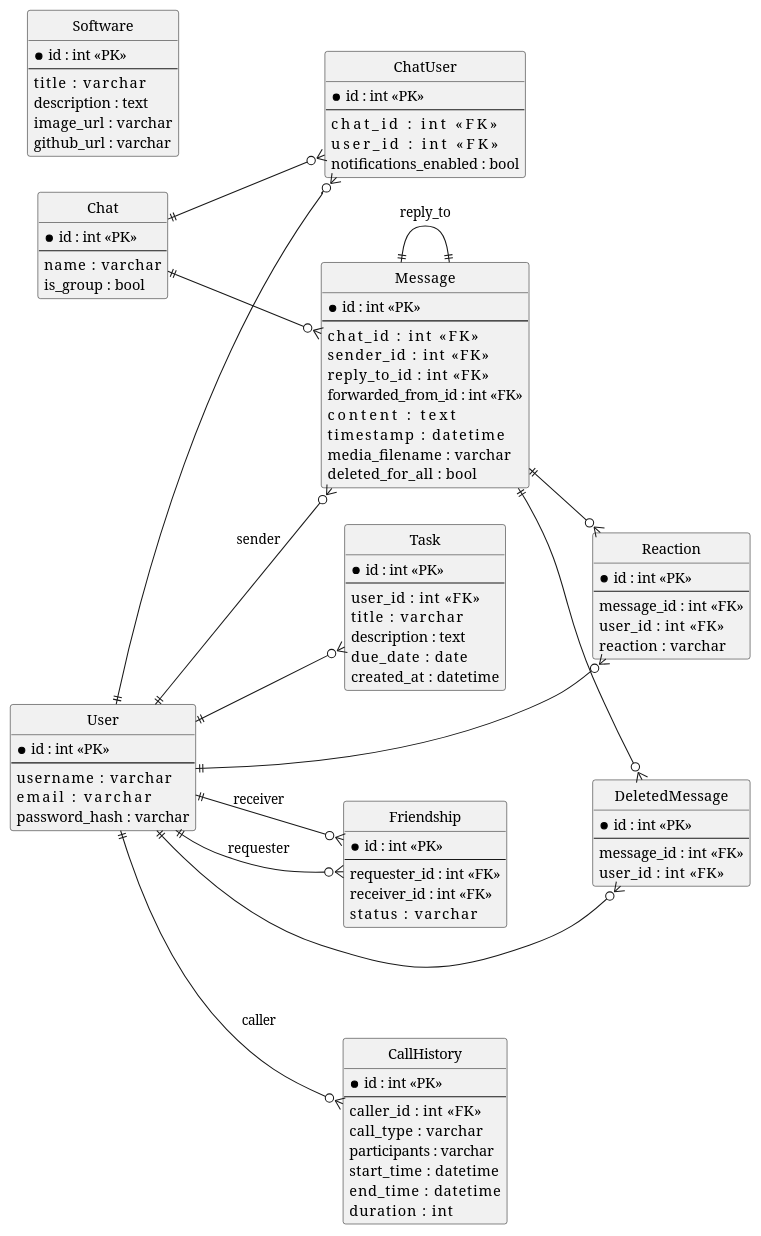
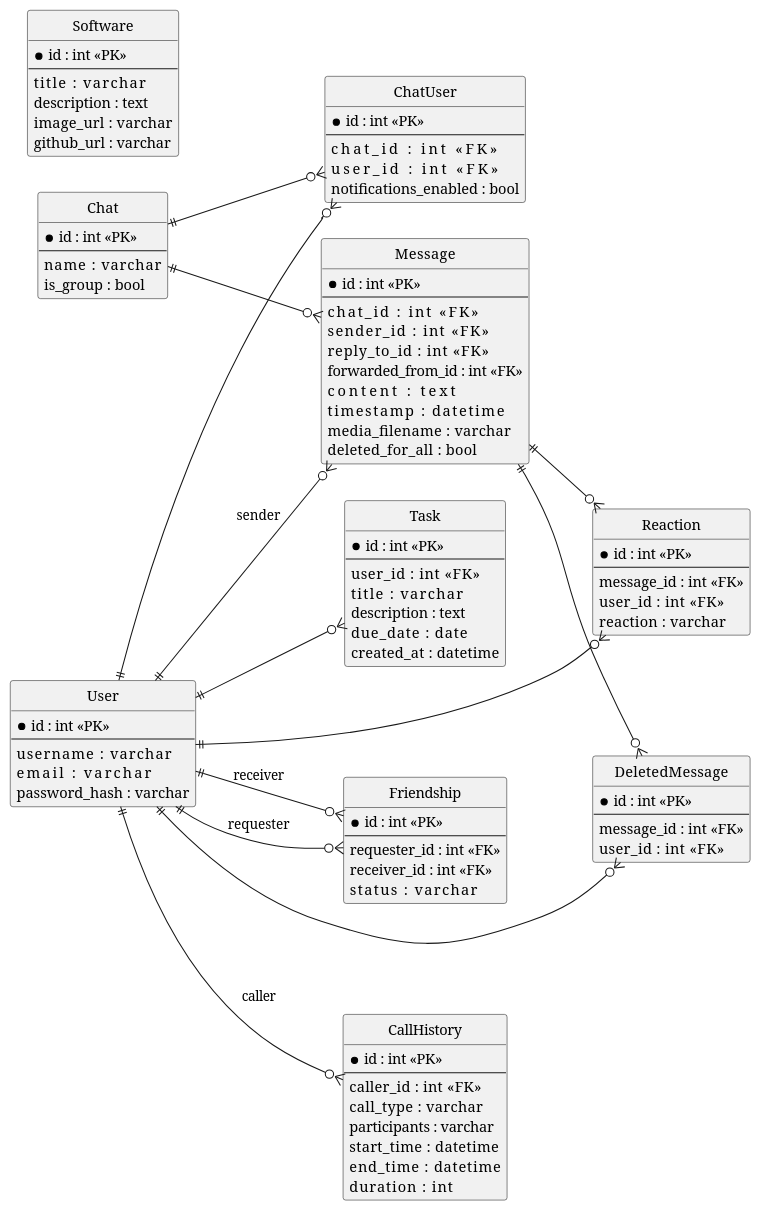
One commit to Valerijkk/TeamForge-web changed the diagram in teamforge_erd.puml. Above: the diagram before and after it, drawn with PlantUML. The commit also changed 9 other files, not shown here.

```diff
--- a/teamforge_erd.puml
+++ b/teamforge_erd.puml
@@ -1,115 +1,115 @@
 @startuml teamforge_erd
 ' Crow’s Foot Notation
 hide circle
 left to right direction
 
 entity "User" as user {
   * id : int <<PK>>
   --
   username       : varchar
   email          : varchar
   password_hash  : varchar
 }
 
 entity "Chat" as chat {
   * id : int <<PK>>
   --
   name     : varchar
   is_group : bool
 }
 
 entity "ChatUser" as chat_user {
   * id : int <<PK>>
   --
   chat_id               : int <<FK>>
   user_id               : int <<FK>>
   notifications_enabled : bool
 }
 
 entity "Message" as message {
   * id : int <<PK>>
   --
   chat_id           : int <<FK>>
   sender_id         : int <<FK>>
   reply_to_id       : int <<FK>>
   forwarded_from_id : int <<FK>>
   content           : text
   timestamp         : datetime
   media_filename    : varchar
   deleted_for_all   : bool
 }
 
 entity "Reaction" as reaction {
   * id : int <<PK>>
   --
   message_id : int <<FK>>
   user_id    : int <<FK>>
   reaction   : varchar
 }
 
 entity "DeletedMessage" as del_msg {
   * id : int <<PK>>
   --
   message_id : int <<FK>>
   user_id    : int <<FK>>
 }
 
 entity "Friendship" as friendship {
   * id : int <<PK>>
   --
   requester_id : int <<FK>>
   receiver_id  : int <<FK>>
   status       : varchar
 }
 
 entity "CallHistory" as call_hist {
   * id : int <<PK>>
   --
   caller_id    : int <<FK>>
   call_type    : varchar
   participants : varchar
   start_time   : datetime
   end_time     : datetime
   duration     : int
 }
 
 entity "Task" as task {
   * id : int <<PK>>
   --
   user_id     : int <<FK>>
   title       : varchar
   description : text
   due_date    : date
   created_at  : datetime
 }
 
 entity "Software" as software {
   * id : int <<PK>>
   --
   title       : varchar
   description : text
   image_url   : varchar
   github_url  : varchar
 }
 
 
 user ||--o{ chat_user
 chat ||--o{ chat_user
 
 chat   ||--o{ message
 user   ||--o{ message : sender
-message ||--|| message : reply_to
+
 
 user   ||--o{ reaction
 message ||--o{ reaction
 
 user   ||--o{ del_msg
 message ||--o{ del_msg
 
 user ||--o{ friendship : requester
 user ||--o{ friendship : receiver
 
 user ||--o{ call_hist : caller
 
 user ||--o{ task
 @enduml
```
